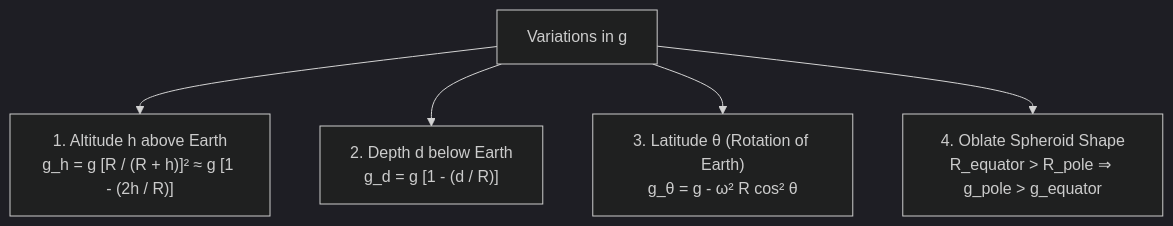
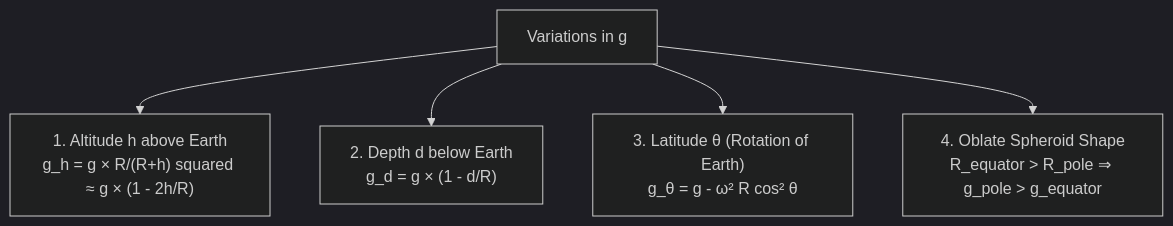
Before and after one commit to zenyyxz/Zen_dx-Notes: the second of 3 diagrams in 02 - Physics/Subtopics/Gravitational Field & Satellite Dynamics.md, drawn with Mermaid (dark theme). The commit also changed 13 other files, not shown here.

````diff
--- a/02 - Physics/Subtopics/Gravitational Field & Satellite Dynamics.md
+++ b/02 - Physics/Subtopics/Gravitational Field & Satellite Dynamics.md
@@ -73,7 +73,7 @@
 ```mermaid
 graph TD
-    Var["Variations in g"] --> Alt["1. Altitude h above Earth<br>g_h = g [R / (R + h)]² ≈ g [1 - (2h / R)]"]
-    Var --> Dep["2. Depth d below Earth<br>g_d = g [1 - (d / R)]"]
+    Var["Variations in g"] --> Alt["1. Altitude h above Earth<br>g_h = g × R/(R+h) squared ≈ g × (1 - 2h/R)"]
+    Var --> Dep["2. Depth d below Earth<br>g_d = g × (1 - d/R)"]
     Var --> Lat["3. Latitude θ (Rotation of Earth)<br>g_θ = g - ω² R cos² θ"]
     Var --> Shape["4. Oblate Spheroid Shape<br>R_equator > R_pole ⇒ g_pole > g_equator"]
 ```
````
